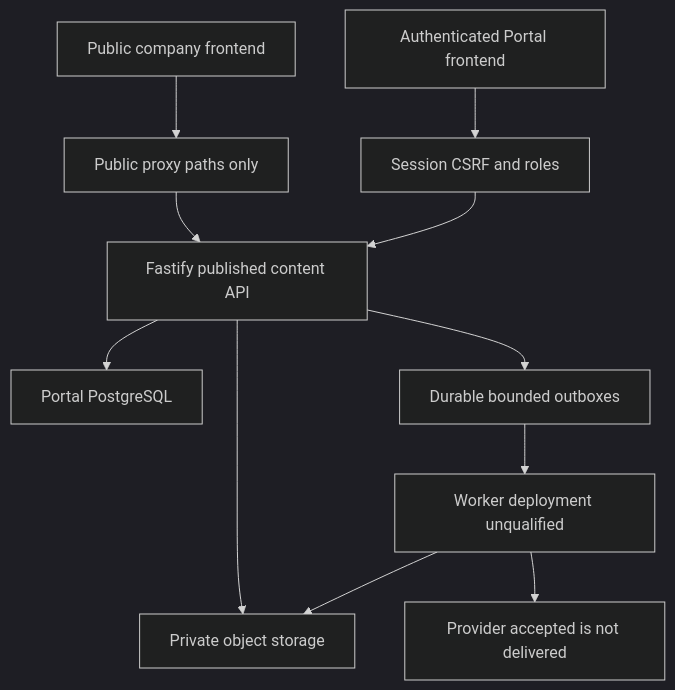
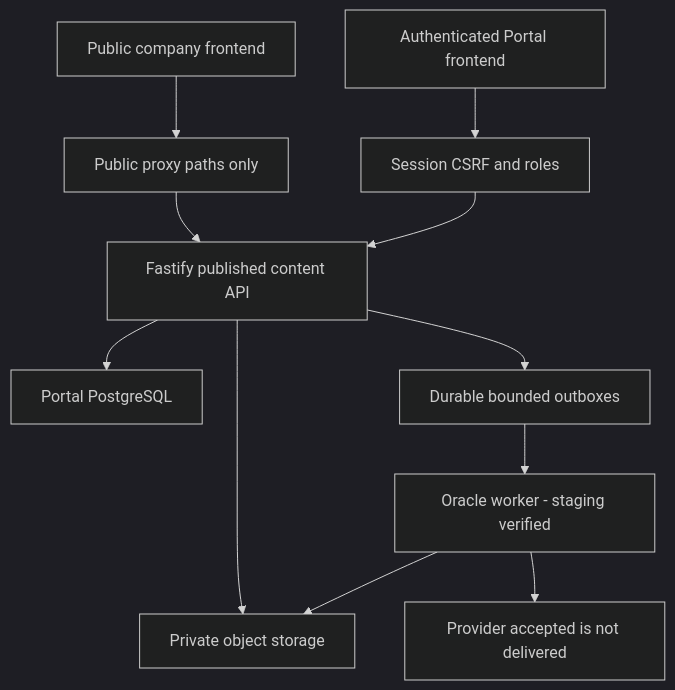
One commit to DruHustle/onesa-ai-platform changed the diagram in docs/diagrams/public-portal.mmd. Above: the diagram before and after it, drawn with Mermaid (dark theme). The commit also changed 88 other files, not shown here.

Commit message:
Add visual engineering onboarding and current deployment architecture

```diff
--- a/docs/diagrams/public-portal.mmd
+++ b/docs/diagrams/public-portal.mmd
@@ -1,11 +1,11 @@
 flowchart TB
 Company[Public company frontend] --> Public[Public proxy paths only]
 Portal[Authenticated Portal frontend] --> Private[Session CSRF and roles]
 Public --> API[Fastify published content API]
 Private --> API
 API --> PG[Portal PostgreSQL]
 API --> Files[Private object storage]
 API --> Queue[Durable bounded outboxes]
-Queue --> Worker[Worker deployment unqualified]
+Queue --> Worker[Oracle worker - staging verified]
 Worker --> Mail[Provider accepted is not delivered]
 Worker --> Files
```
